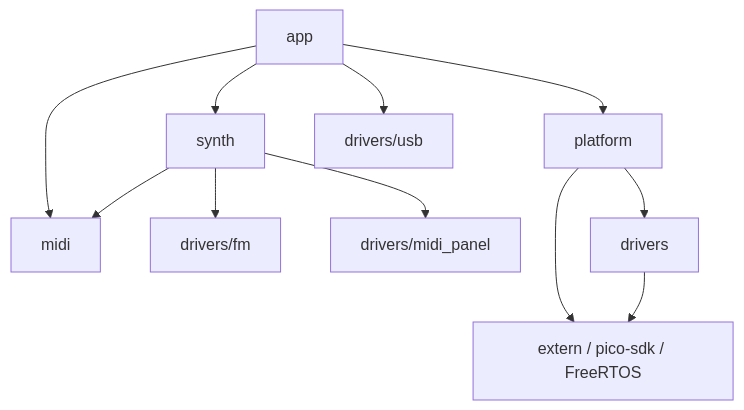
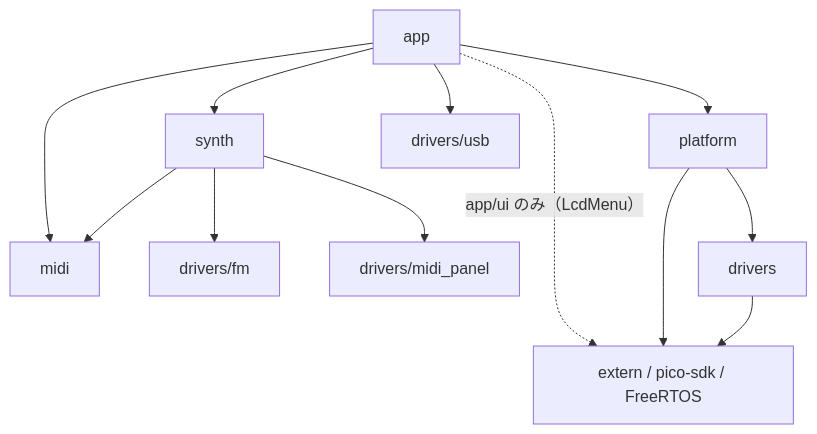
Before and after one commit to 46nori/FMSynthEnsembleV3: the diagram in doc/architecture.md, drawn with Mermaid. The commit also changed other lines of this file and 65 other files, not shown here.

````diff
--- a/doc/architecture.md
+++ b/doc/architecture.md
@@ -294,13 +310,14 @@
 ```mermaid
 flowchart TD
     app["app"] --> midi["midi"]
     app --> synth["synth"]
     app --> platform["platform"]
     app --> usb["drivers/usb"]
+    app -. "app/ui のみ（LcdMenu）" .-> ext
     synth --> midi
     synth --> fm["drivers/fm"]
     synth --> panel["drivers/midi_panel"]
     platform --> drivers["drivers"]
     platform --> ext["extern / pico-sdk / FreeRTOS"]
     drivers --> ext
 ```
````
